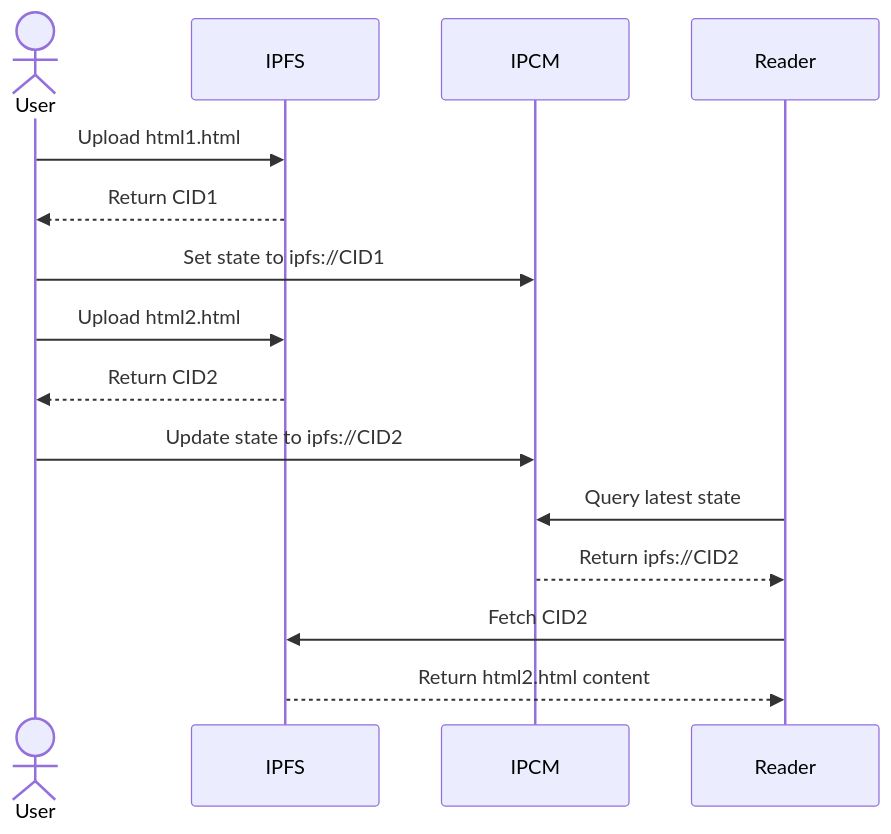
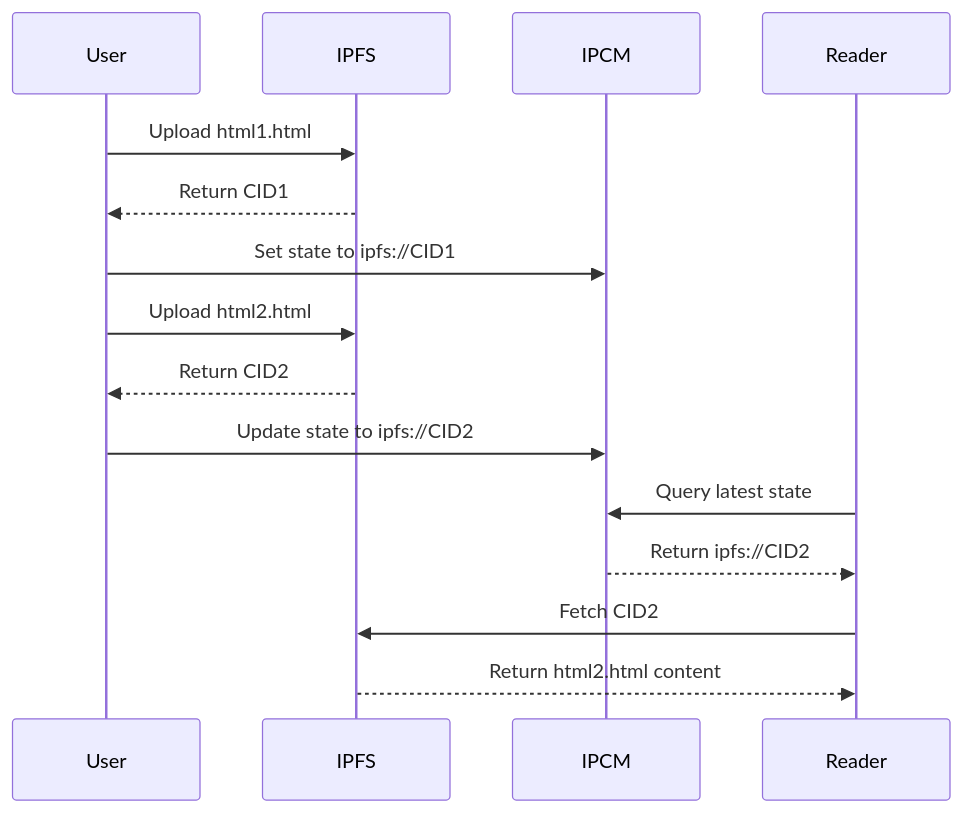
Before and after one commit to PinataCloud/ipcm: the diagram in README.md, drawn with Mermaid.

Commit message:
chore: Update mermaid

````diff
--- a/README.md
+++ b/README.md
@@ -18,18 +18,18 @@
 ```mermaid
 sequenceDiagram
-    actor User
+    participant User
     participant IPFS
     participant IPCM
     participant Reader
 
     User->>IPFS: Upload html1.html
     IPFS-->>User: Return CID1
     User->>IPCM: Set state to ipfs://CID1
     User->>IPFS: Upload html2.html
     IPFS-->>User: Return CID2
     User->>IPCM: Update state to ipfs://CID2
     Reader->>IPCM: Query latest state
     IPCM-->>Reader: Return ipfs://CID2
     Reader->>IPFS: Fetch CID2
     IPFS-->>Reader: Return html2.html content
 ```
````
